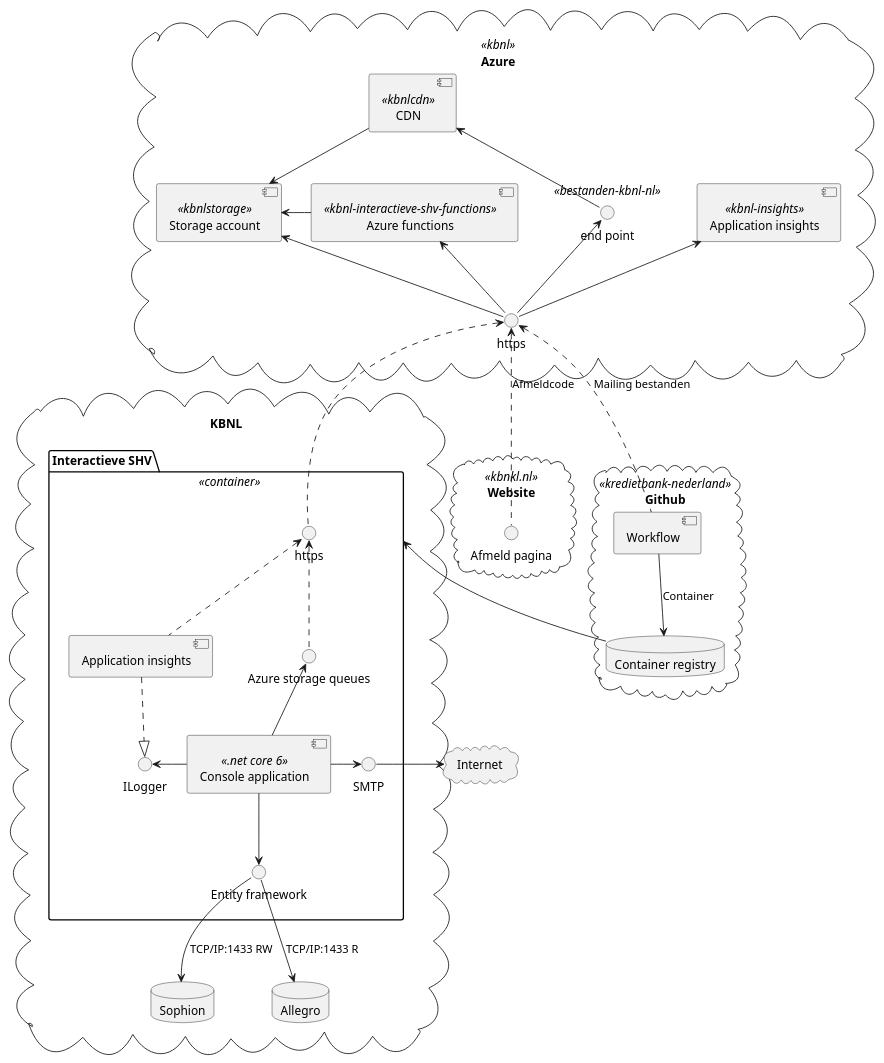
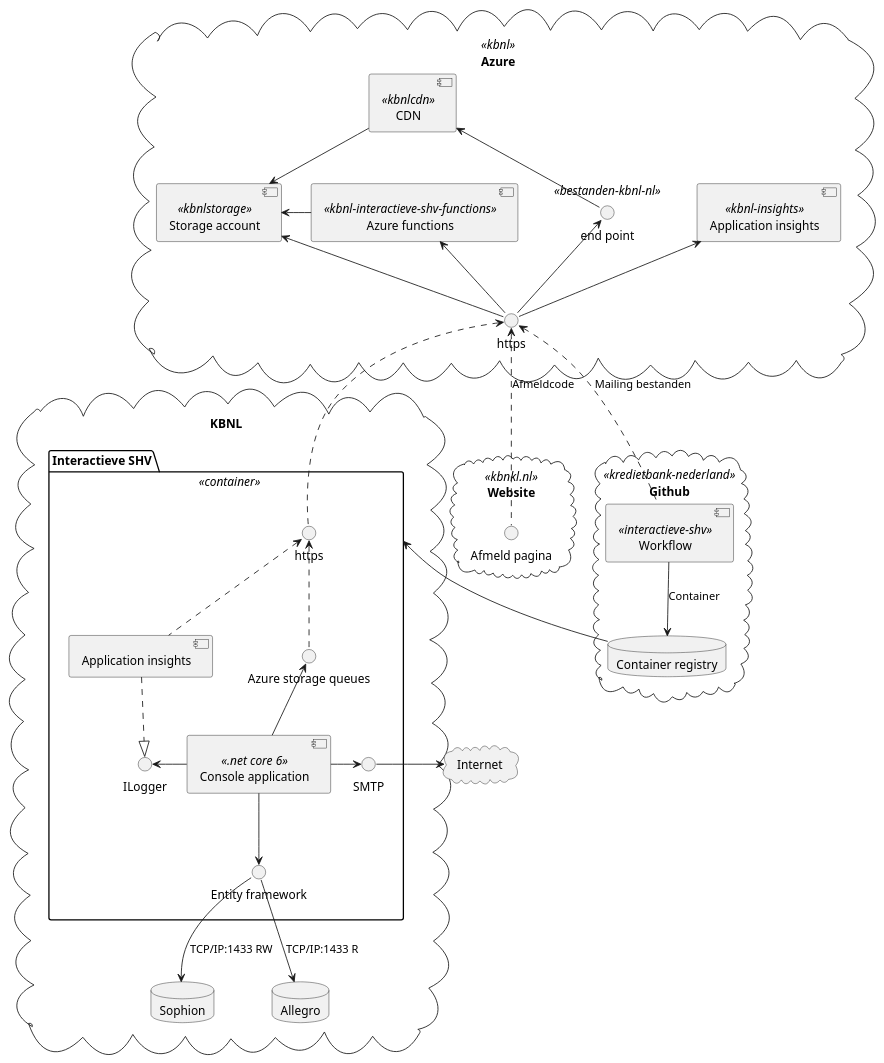
One commit to kredietbank-nederland/kredietbank-nederland.github.io changed the diagram in docs/interactieve-shv/context-diagram.puml. Above: the diagram before and after it, drawn with PlantUML. The commit also changed 1 other file, not shown here.

```diff
--- a/docs/interactieve-shv/context-diagram.puml
+++ b/docs/interactieve-shv/context-diagram.puml
@@ -1,75 +1,75 @@
 @startuml
 
 cloud KBNL {
     package "Interactieve SHV" <<container>> AS ISHV {
         [Console application] <<.net core 6>> as APP
         () SMTP
         () ILogger
         () "Entity framework" as DA
         () "Azure storage queues" AS ASQ
         [Application insights] as AIC
         () https as KBNL_Http
     }
 
 
     database Sophion
     database Allegro
 }
 
 cloud "Azure" <<kbnl>> {
     [Application insights] <<kbnl-insights>> AS AI
     [Storage account] <<kbnlstorage>> AS SA
     [Azure functions] <<kbnl-interactieve-shv-functions>> AS AF
     [CDN] <<kbnlcdn>> AS CDN
     () "end point" <<bestanden-kbnl-nl>> AS EP
     () https as Azure_Http
 
     SA <- AF
 }
 
 cloud "Website" <<kbnkl.nl>> {
     () "Afmeld pagina" as Afmelden
 }
 
 cloud "Internet"
 
 cloud Github <<kredietbank-nederland>> {
-    [Workflow]
+    [Workflow] <<interactieve-shv>>
     database "Container registry" AS CR
 
     Workflow --> CR : Container
 }
 
 CDN --> SA
 CDN <-- EP
 
 SMTP -> Internet
 
 SA <-- Azure_Http
 AI <-- Azure_Http
 EP <-- Azure_Http
 AF <-- Azure_Http
 
 ISHV <- CR
 
 Azure_Http <.. Workflow : "Mailing bestanden"
 Azure_Http <.. KBNL_Http
 Azure_Http <.. Afmelden : "Afmeldcode"
 
 KBNL_Http <.. AIC
 KBNL_Http <.. ASQ
 
 AIC ..|> ILogger
 
 APP -> SMTP
 
 ASQ <-- APP
 ILogger <- APP
 
 APP --> DA
 
 DA --> Sophion : "TCP/IP:1433 RW"
 DA --> Allegro : "TCP/IP:1433 R"
 
 
 @enduml
```
